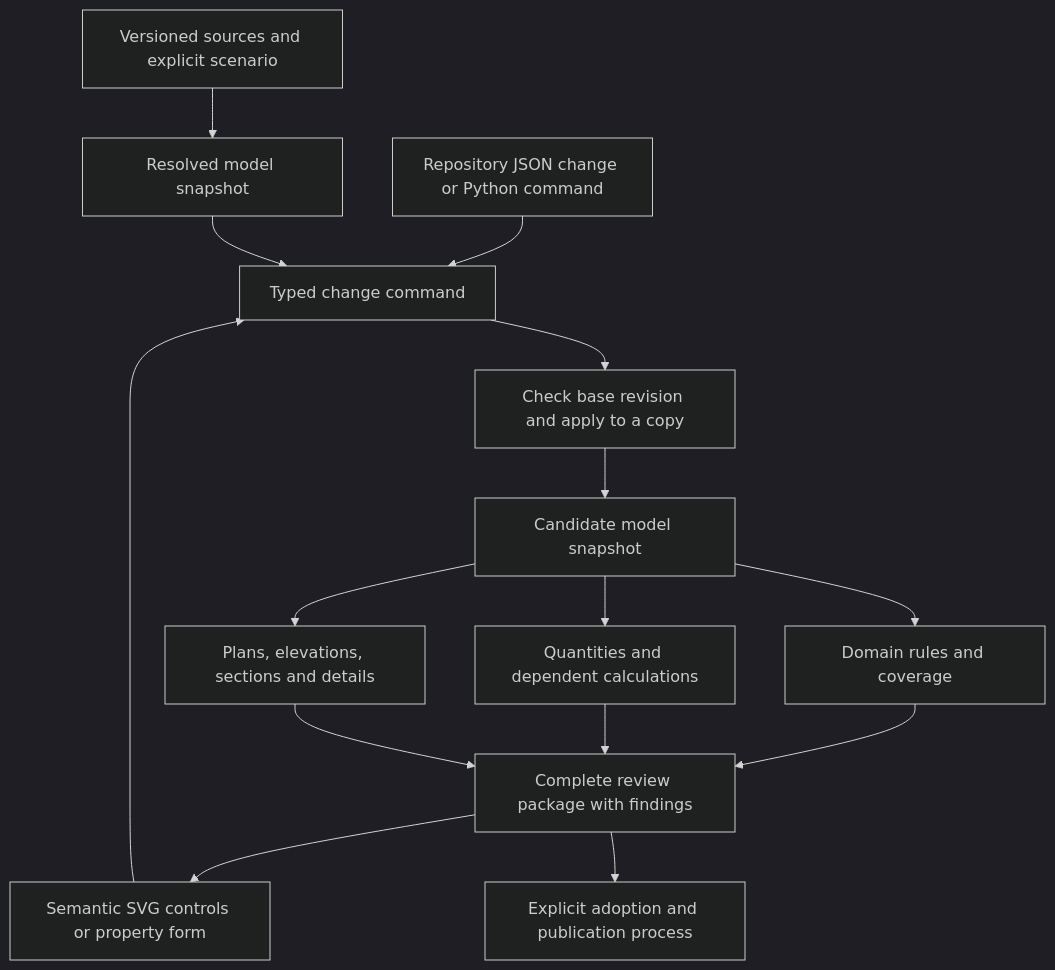
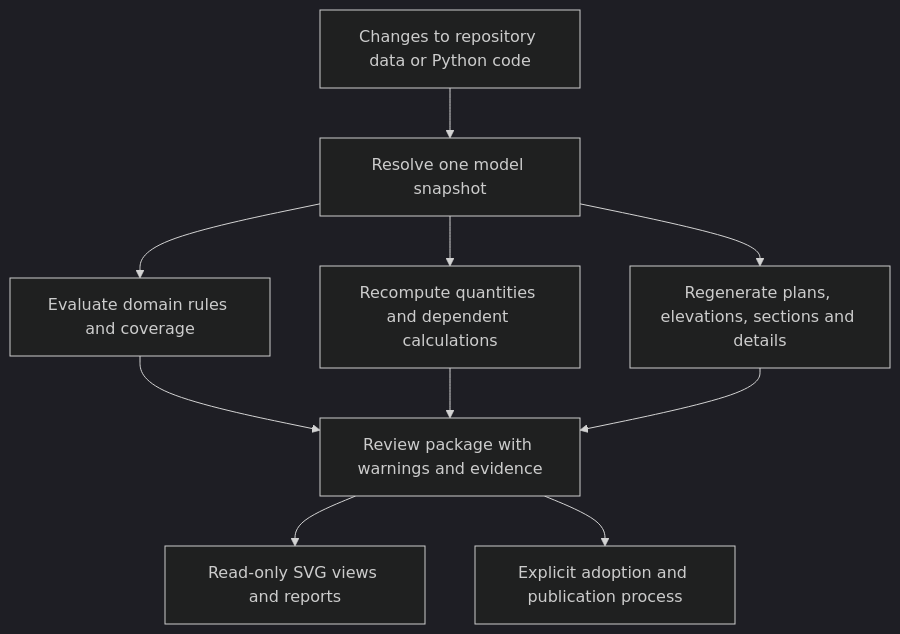
One commit to bultodepapas/DremHouse changed the second of 3 diagrams in docs/06_gestion_y_obra/connected_project_coordination_next_step.md. Above: the diagram before and after it, drawn with Mermaid (dark theme). The commit also changed other lines of this file and 2 other files, not shown here.

````diff
--- a/docs/06_gestion_y_obra/connected_project_coordination_next_step.md
+++ b/docs/06_gestion_y_obra/connected_project_coordination_next_step.md
@@ -277,17 +278,12 @@
 ```mermaid
 flowchart TD
-    S[Versioned sources and explicit scenario] --> M[Resolved model snapshot]
-    UI[Semantic SVG controls or property form] --> C[Typed change command]
-    CLI[Repository JSON change or Python command] --> C
-    M --> C
-    C --> T[Check base revision and apply to a copy]
-    T --> N[Candidate model snapshot]
-    N --> V[Domain rules and coverage]
-    N --> Q[Quantities and dependent calculations]
-    N --> D[Plans, elevations, sections and details]
-    V --> R[Complete review package with findings]
+    S[Changes to repository data or Python code] --> M[Resolve one model snapshot]
+    M --> V[Evaluate domain rules and coverage]
+    M --> Q[Recompute quantities and dependent calculations]
+    M --> D[Regenerate plans, elevations, sections and details]
+    V --> R[Review package with warnings and evidence]
     Q --> R
     D --> R
-    R --> UI
+    R --> UI[Read-only SVG views and reports]
     R --> G[Explicit adoption and publication process]
 ```
````
